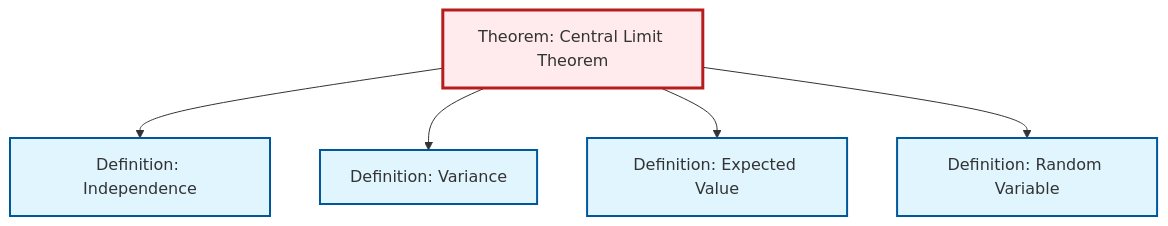
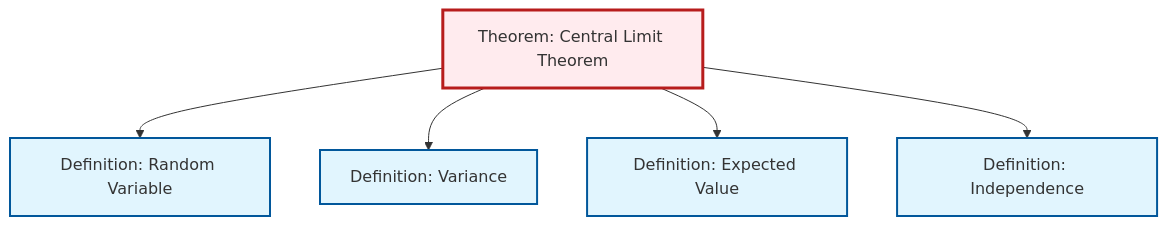
One commit to RK0429/ModernMath changed the second of 2 diagrams in content/en/probability-statistics/thm-central-limit.qmd. Above: the diagram before and after it, drawn with Mermaid. The commit also changed other lines of this file and 497 other files, not shown here.

````diff
--- a/content/en/probability-statistics/thm-central-limit.qmd
+++ b/content/en/probability-statistics/thm-central-limit.qmd
@@ -109,23 +109,23 @@
 ```{mermaid}
 %%| fig-cap: "Local dependency graph"
 graph TD
     classDef definition fill:#e1f5fe,stroke:#01579b,stroke-width:2px
     classDef theorem fill:#f3e5f5,stroke:#4a148c,stroke-width:2px
     classDef axiom fill:#fff3e0,stroke:#e65100,stroke-width:2px
     classDef example fill:#e8f5e9,stroke:#1b5e20,stroke-width:2px
     classDef current fill:#ffebee,stroke:#b71c1c,stroke-width:3px
+    def-random-variable["Definition: Random Variable"]:::definition
+    def-variance["Definition: Variance"]:::definition
     def-expectation["Definition: Expected Value"]:::definition
-    def-random-variable["Definition: Random Variable"]:::definition
+    thm-central-limit["Theorem: Central Limit Theorem"]:::theorem
     def-independence["Definition: Independence"]:::definition
-    thm-central-limit["Theorem: Central Limit Theorem"]:::theorem
-    def-variance["Definition: Variance"]:::definition
-    thm-central-limit --> def-independence
+    thm-central-limit --> def-random-variable
     thm-central-limit --> def-variance
     thm-central-limit --> def-expectation
-    thm-central-limit --> def-random-variable
+    thm-central-limit --> def-independence
     class thm-central-limit current
+    click def-random-variable "def-random-variable.html" "Go to Random Variable definition"
+    click def-variance "def-variance.html" "Go to Variance definition"
     click def-expectation "def-expectation.html" "Go to Expected Value definition"
-    click def-random-variable "def-random-variable.html" "Go to Random Variable definition"
     click def-independence "def-independence.html" "Go to Independence definition"
-    click def-variance "def-variance.html" "Go to Variance definition"
 ```
````
